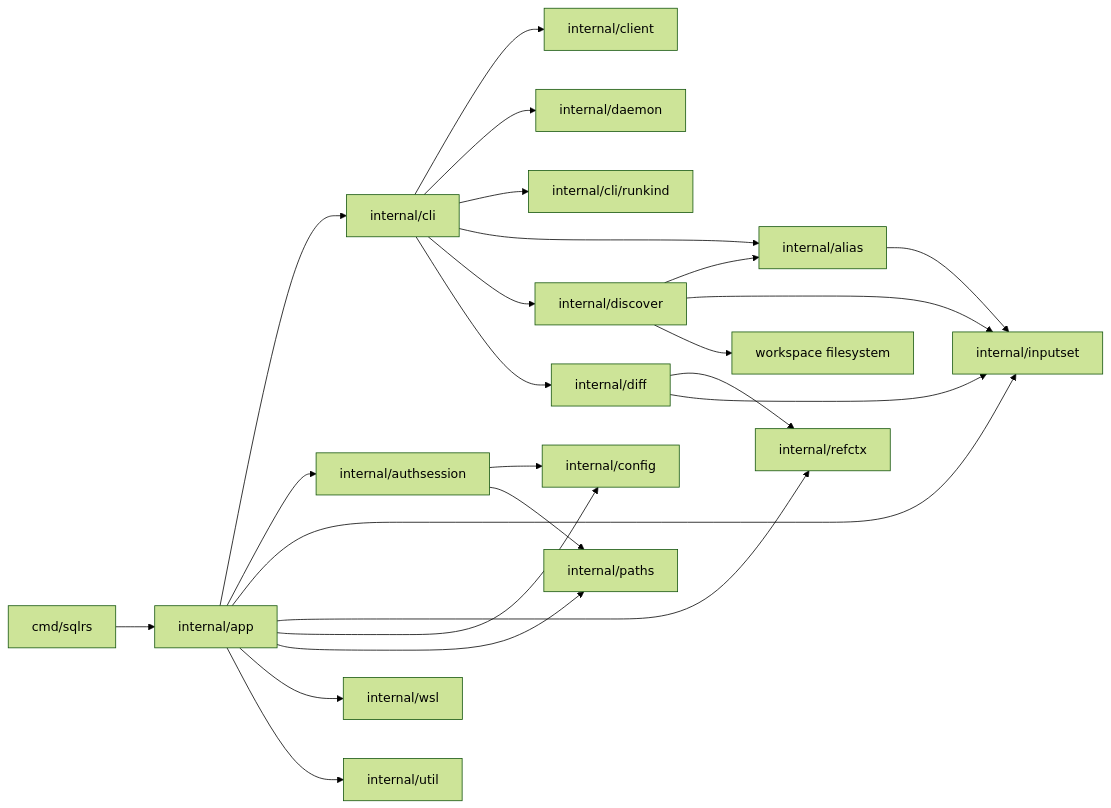
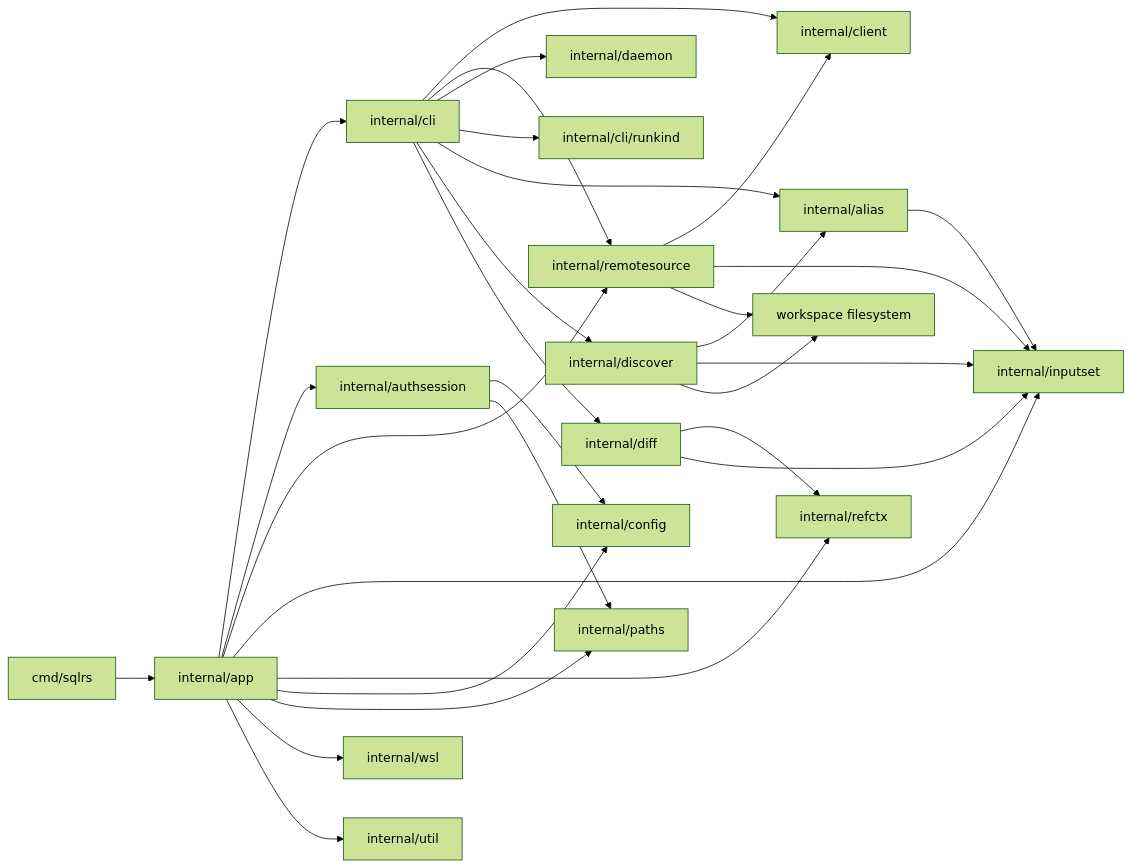
The diagram in docs/architecture/cli-component-structure.RU.md (kimak-irmagi/taidon), drawn with Mermaid (forest theme) before and after one commit. The commit also changed other lines of this file and 23 other files, not shown here.

````diff
--- a/docs/architecture/cli-component-structure.RU.md
+++ b/docs/architecture/cli-component-structure.RU.md
@@ -169,44 +188,50 @@
 ```mermaid
 flowchart LR
   CMD["cmd/sqlrs"]
   APP["internal/app"]
   CLI["internal/cli"]
   AUTH["internal/authsession"]
+  REMOTESOURCE["internal/remotesource"]
   INPUTSET["internal/inputset"]
   ALIAS["internal/alias"]
   DISCOVER["internal/discover"]
   REFCTX["internal/refctx"]
   DIFF["internal/diff"]
   RUNKIND["internal/cli/runkind"]
   CLIENT["internal/client"]
   DAEMON["internal/daemon"]
   CONFIG["internal/config"]
   PATHS["internal/paths"]
   WSL["internal/wsl"]
   UTIL["internal/util"]
   FS["workspace filesystem"]
 
   CMD --> APP
   APP --> CLI
   APP --> AUTH
+  APP --> REMOTESOURCE
   APP --> INPUTSET
   APP --> REFCTX
   APP --> CONFIG
   APP --> PATHS
   APP --> WSL
   APP --> UTIL
   AUTH --> CONFIG
   AUTH --> PATHS
   CLI --> CLIENT
+  CLI --> REMOTESOURCE
   CLI --> DAEMON
   CLI --> RUNKIND
   CLI --> ALIAS
   CLI --> DISCOVER
   CLI --> DIFF
+  REMOTESOURCE --> CLIENT
+  REMOTESOURCE --> INPUTSET
+  REMOTESOURCE --> FS
   DIFF --> REFCTX
   ALIAS --> INPUTSET
   DISCOVER --> ALIAS
   DISCOVER --> INPUTSET
   DISCOVER --> FS
   DIFF --> INPUTSET
 ```
````
